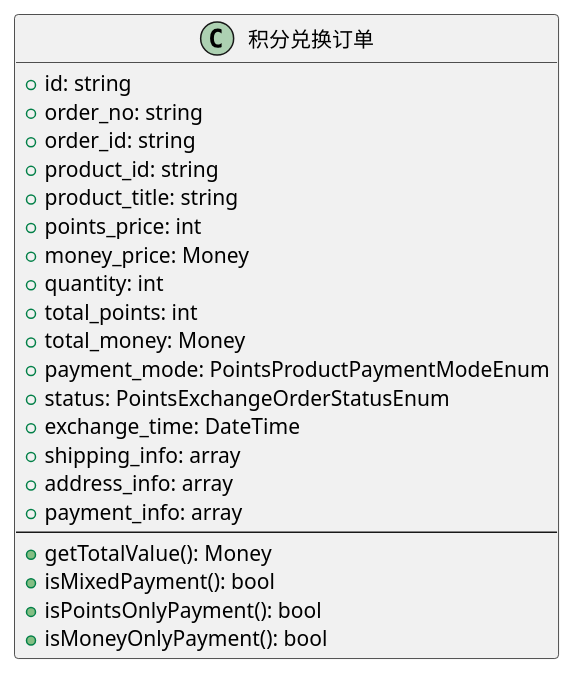
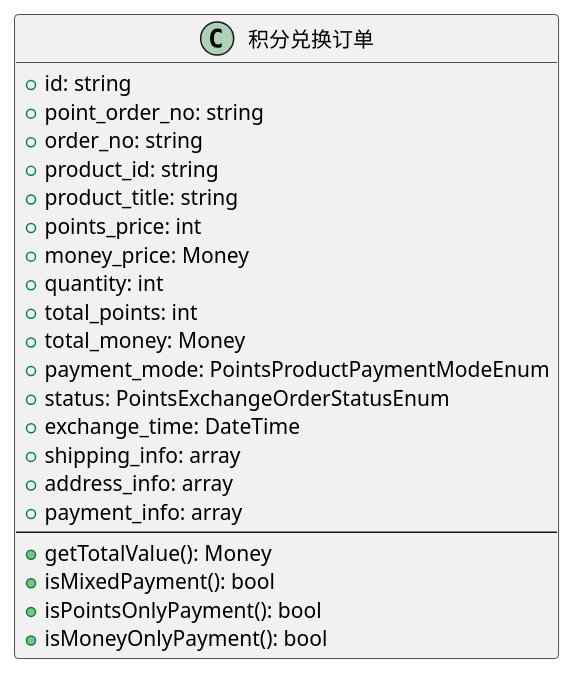
The second of 10 diagrams in docs/points-mall/index.md (red-jasmine/framework), drawn with PlantUML before and after one commit. The commit also changed other lines of this file and 11 other files, not shown here.

````diff
--- a/docs/points-mall/index.md
+++ b/docs/points-mall/index.md
@@ -69,25 +68,25 @@
 ```plantuml
 class 积分兑换订单 {
   +id: string
+  +point_order_no: string
   +order_no: string
-  +order_id: string
   +product_id: string
   +product_title: string
   +points_price: int
   +money_price: Money
   +quantity: int
   +total_points: int
   +total_money: Money
   +payment_mode: PointsProductPaymentModeEnum
   +status: PointsExchangeOrderStatusEnum
   +exchange_time: DateTime
   +shipping_info: array
   +address_info: array
   +payment_info: array
   --
   +getTotalValue(): Money
   +isMixedPayment(): bool
   +isPointsOnlyPayment(): bool
   +isMoneyOnlyPayment(): bool
 }
 ```
````
